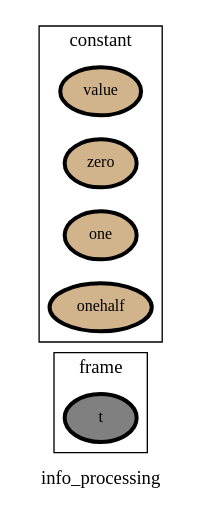
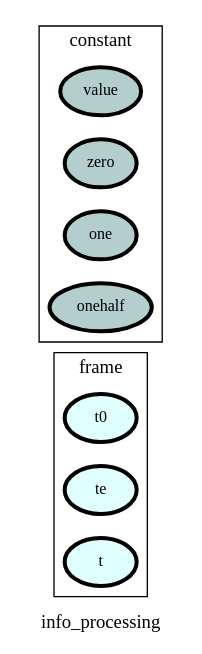
Before and after one commit to heinz-preisig/processes_distributed_no_interface_eqs: the diagram in ontology_graphs/graph__info_processing.dot, drawn with Graphviz. The commit also changed 97 other files, not shown here.

```diff
--- a/ontology_graphs/graph__info_processing.dot
+++ b/ontology_graphs/graph__info_processing.dot
@@ -1,29 +1,31 @@
 digraph info_processing {
 label=info_processing;
 rankdir=LR;
 subgraph cluster_info_processing___network {
 label=network;
 rankdir=LR;
 }
 
 subgraph cluster_info_processing___frame {
 label=frame;
 rankdir=LR;
-V_5 [fillcolor=grey, fontsize=12, label=t, penwidth=3, style=filled];
+V_18 [fillcolor=lightcyan, fontsize=12, label=t0, penwidth=3, style=filled];
+V_19 [fillcolor=lightcyan, fontsize=12, label=te, penwidth=3, style=filled];
+V_5 [fillcolor=lightcyan, fontsize=12, label=t, penwidth=3, style=filled];
 }
 
 subgraph cluster_info_processing___state {
 label=state;
 rankdir=LR;
 }
 
 subgraph cluster_info_processing___constant {
 label=constant;
 rankdir=LR;
-V_1 [fillcolor=tan, fontsize=12, label=value, penwidth=3, style=filled];
-V_2 [fillcolor=tan, fontsize=12, label=zero, penwidth=3, style=filled];
-V_3 [fillcolor=tan, fontsize=12, label=one, penwidth=3, style=filled];
-V_4 [fillcolor=tan, fontsize=12, label=onehalf, penwidth=3, style=filled];
+V_1 [fillcolor=lightcyan3, fontsize=12, label=value, penwidth=3, style=filled];
+V_2 [fillcolor=lightcyan3, fontsize=12, label=zero, penwidth=3, style=filled];
+V_3 [fillcolor=lightcyan3, fontsize=12, label=one, penwidth=3, style=filled];
+V_4 [fillcolor=lightcyan3, fontsize=12, label=onehalf, penwidth=3, style=filled];
 }
 
 }
```
